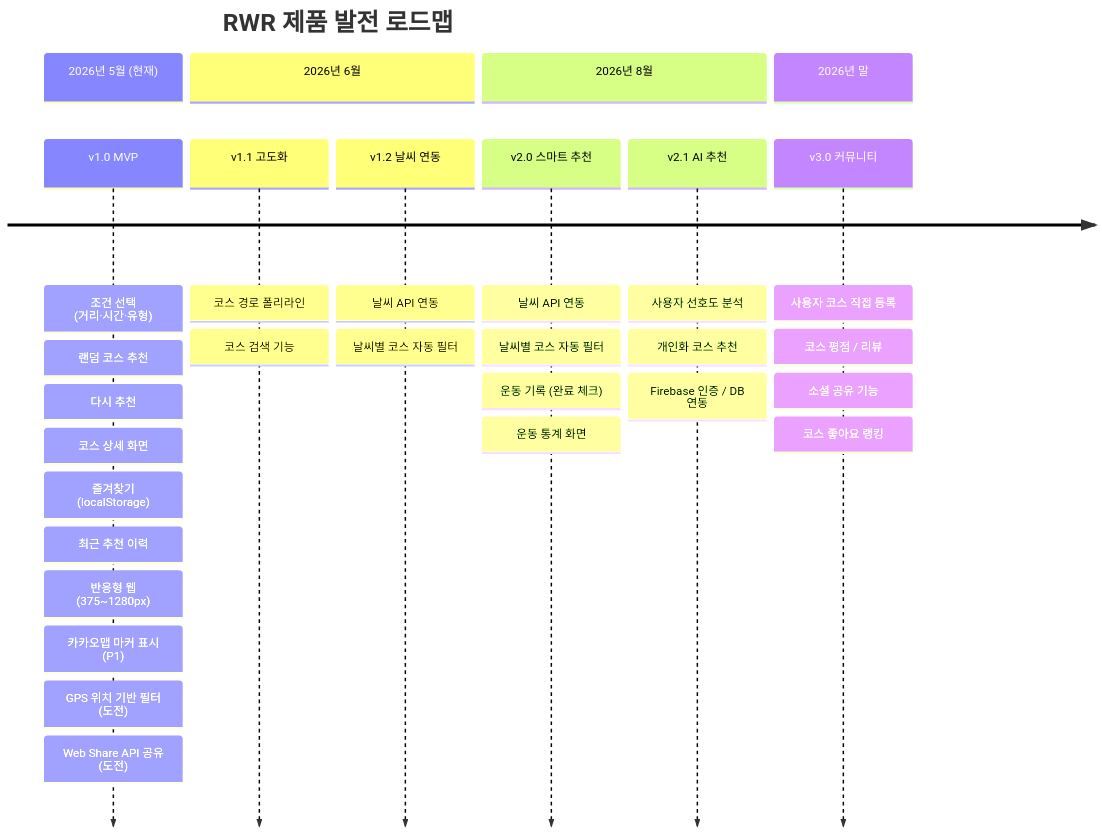
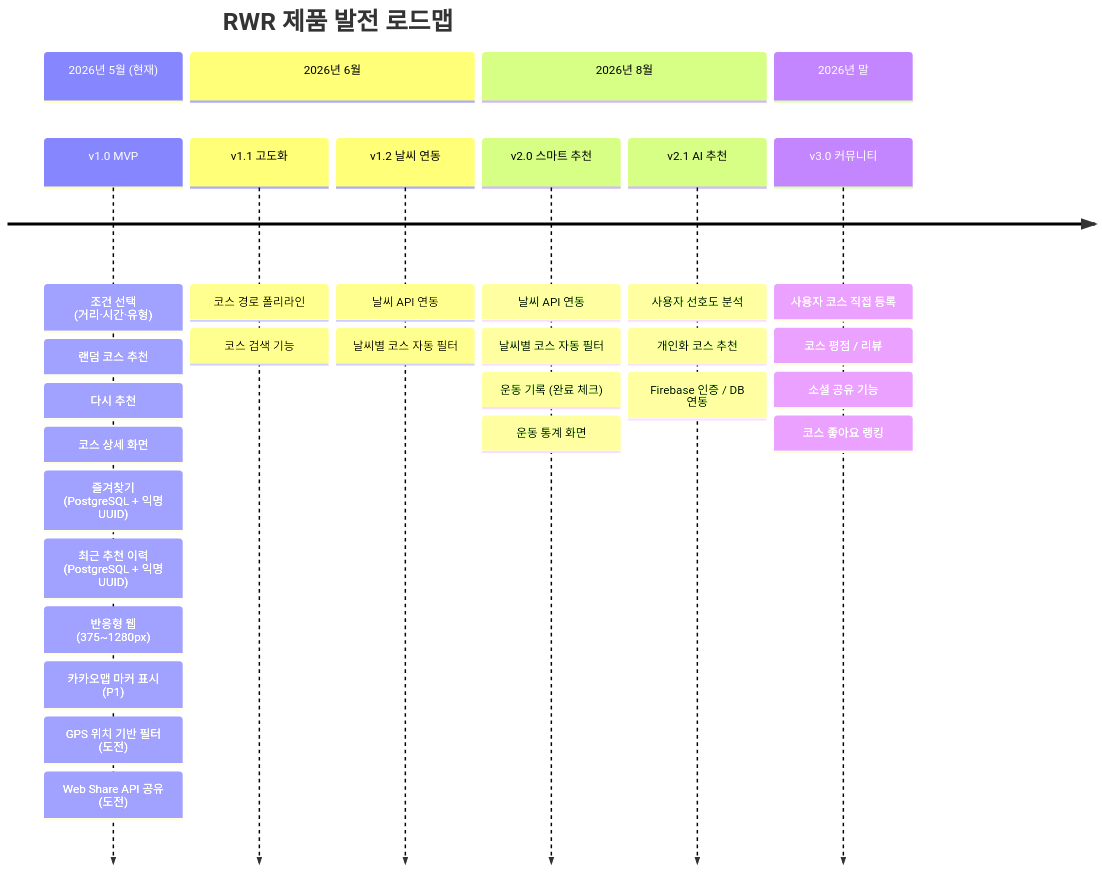
Before and after one commit to yellow-pang/RWR-mini-project: the first of 3 diagrams in docs/10-roadmap.md, drawn with Mermaid. The commit also changed 3 other files, not shown here.

````diff
--- a/docs/10-roadmap.md
+++ b/docs/10-roadmap.md
@@ -22,45 +22,45 @@
 ```mermaid
 timeline
     title RWR 제품 발전 로드맵
 
     section 2026년 5월 (현재)
         v1.0 MVP
             : 조건 선택 (거리·시간·유형)
             : 랜덤 코스 추천
             : 다시 추천
             : 코스 상세 화면
-            : 즐겨찾기 (localStorage)
-            : 최근 추천 이력
+            : 즐겨찾기 (PostgreSQL + 익명 UUID)
+            : 최근 추천 이력 (PostgreSQL + 익명 UUID)
             : 반응형 웹 (375~1280px)
             : 카카오맵 마커 표시 (P1)
             : GPS 위치 기반 필터 (도전)
             : Web Share API 공유 (도전)
 
     section 2026년 6월
         v1.1 고도화
             : 코스 경로 폴리라인
             : 코스 검색 기능
 
         v1.2 날씨 연동
             : 날씨 API 연동
             : 날씨별 코스 자동 필터
 
     section 2026년 8월
         v2.0 스마트 추천
             : 날씨 API 연동
             : 날씨별 코스 자동 필터
             : 운동 기록 (완료 체크)
             : 운동 통계 화면
 
         v2.1 AI 추천
             : 사용자 선호도 분석
             : 개인화 코스 추천
             : Firebase 인증 / DB 연동
 
     section 2026년 말
         v3.0 커뮤니티
             : 사용자 코스 직접 등록
             : 코스 평점 / 리뷰
             : 소셜 공유 기능
             : 코스 좋아요 랭킹
 ```
````
